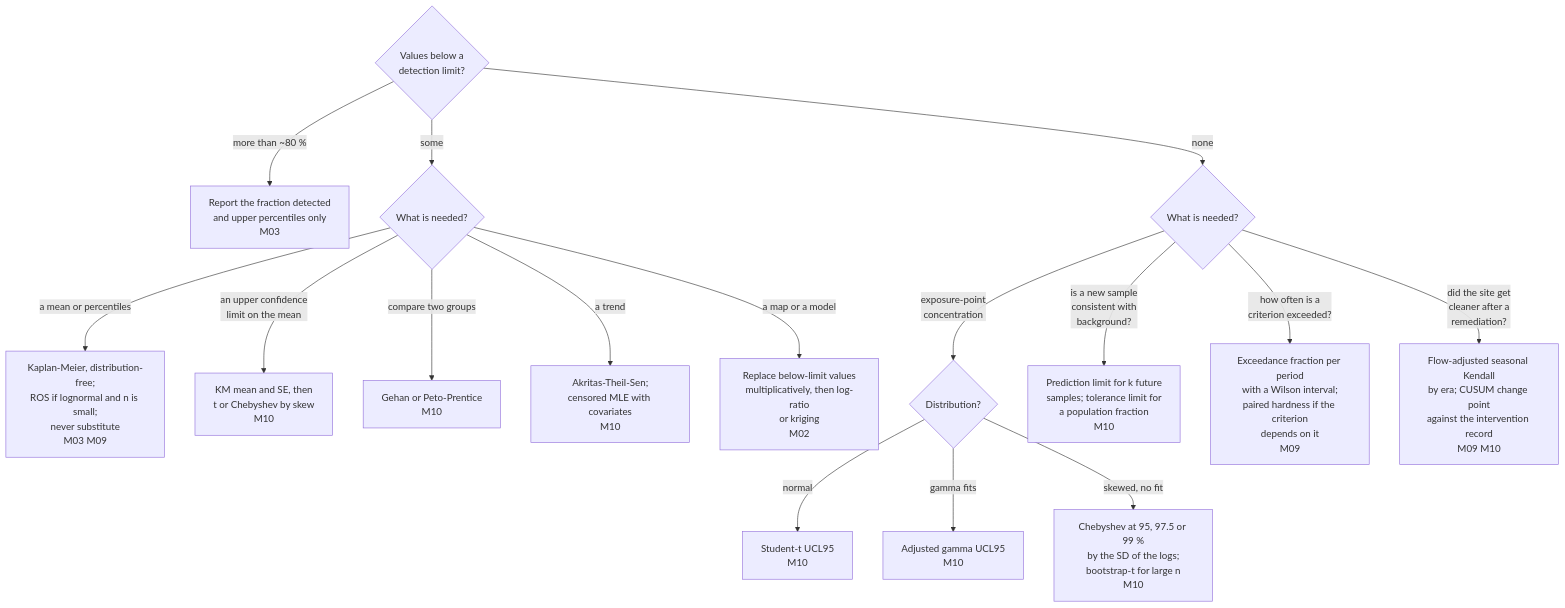
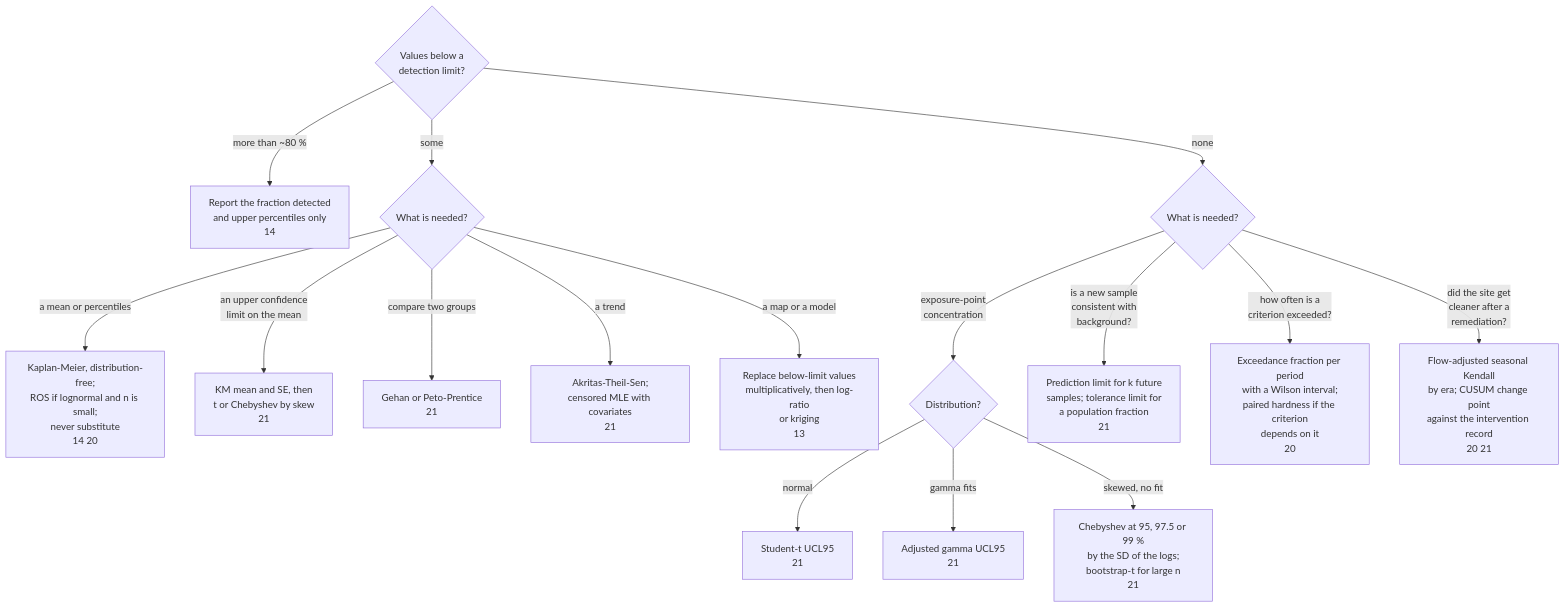
The sixth of 7 diagrams in FLOWCHART.md (ethannol/stats-cheatsheet), drawn with Mermaid before and after one commit. The commit also changed other lines of this file and 31 other files, not shown here.

````diff
--- a/FLOWCHART.md
+++ b/FLOWCHART.md
@@ -132,18 +132,18 @@
 ```mermaid
 flowchart TD
-    A{Values below a<br>detection limit?} -- "more than ~80 %" --> A1[Report the fraction detected<br>and upper percentiles only<br>M03]
+    A{Values below a<br>detection limit?} -- "more than ~80 %" --> A1[Report the fraction detected<br>and upper percentiles only<br>14]
     A -- "some" --> B{What is needed?}
-    B -- "a mean or percentiles" --> B1[Kaplan-Meier, distribution-free;<br>ROS if lognormal and n is small;<br>never substitute<br>M03 M09]
-    B -- "an upper confidence<br>limit on the mean" --> B2[KM mean and SE, then<br>t or Chebyshev by skew<br>M10]
-    B -- "compare two groups" --> B3[Gehan or Peto-Prentice<br>M10]
-    B -- "a trend" --> B4[Akritas-Theil-Sen;<br>censored MLE with covariates<br>M10]
-    B -- "a map or a model" --> B5[Replace below-limit values<br>multiplicatively, then log-ratio<br>or kriging<br>M02]
+    B -- "a mean or percentiles" --> B1[Kaplan-Meier, distribution-free;<br>ROS if lognormal and n is small;<br>never substitute<br>14 20]
+    B -- "an upper confidence<br>limit on the mean" --> B2[KM mean and SE, then<br>t or Chebyshev by skew<br>21]
+    B -- "compare two groups" --> B3[Gehan or Peto-Prentice<br>21]
+    B -- "a trend" --> B4[Akritas-Theil-Sen;<br>censored MLE with covariates<br>21]
+    B -- "a map or a model" --> B5[Replace below-limit values<br>multiplicatively, then log-ratio<br>or kriging<br>13]
     A -- none --> C{What is needed?}
     C -- "exposure-point<br>concentration" --> C1{Distribution?}
-    C1 -- normal --> C2[Student-t UCL95<br>M10]
-    C1 -- "gamma fits" --> C3[Adjusted gamma UCL95<br>M10]
-    C1 -- "skewed, no fit" --> C4[Chebyshev at 95, 97.5 or 99 %<br>by the SD of the logs;<br>bootstrap-t for large n<br>M10]
-    C -- "is a new sample<br>consistent with<br>background?" --> D[Prediction limit for k future<br>samples; tolerance limit for<br>a population fraction<br>M10]
-    C -- "how often is a<br>criterion exceeded?" --> E[Exceedance fraction per period<br>with a Wilson interval;<br>paired hardness if the criterion<br>depends on it<br>M09]
-    C -- "did the site get<br>cleaner after a<br>remediation?" --> F[Flow-adjusted seasonal Kendall<br>by era; CUSUM change point<br>against the intervention record<br>M09 M10]
+    C1 -- normal --> C2[Student-t UCL95<br>21]
+    C1 -- "gamma fits" --> C3[Adjusted gamma UCL95<br>21]
+    C1 -- "skewed, no fit" --> C4[Chebyshev at 95, 97.5 or 99 %<br>by the SD of the logs;<br>bootstrap-t for large n<br>21]
+    C -- "is a new sample<br>consistent with<br>background?" --> D[Prediction limit for k future<br>samples; tolerance limit for<br>a population fraction<br>21]
+    C -- "how often is a<br>criterion exceeded?" --> E[Exceedance fraction per period<br>with a Wilson interval;<br>paired hardness if the criterion<br>depends on it<br>20]
+    C -- "did the site get<br>cleaner after a<br>remediation?" --> F[Flow-adjusted seasonal Kendall<br>by era; CUSUM change point<br>against the intervention record<br>20 21]
 ```
````
